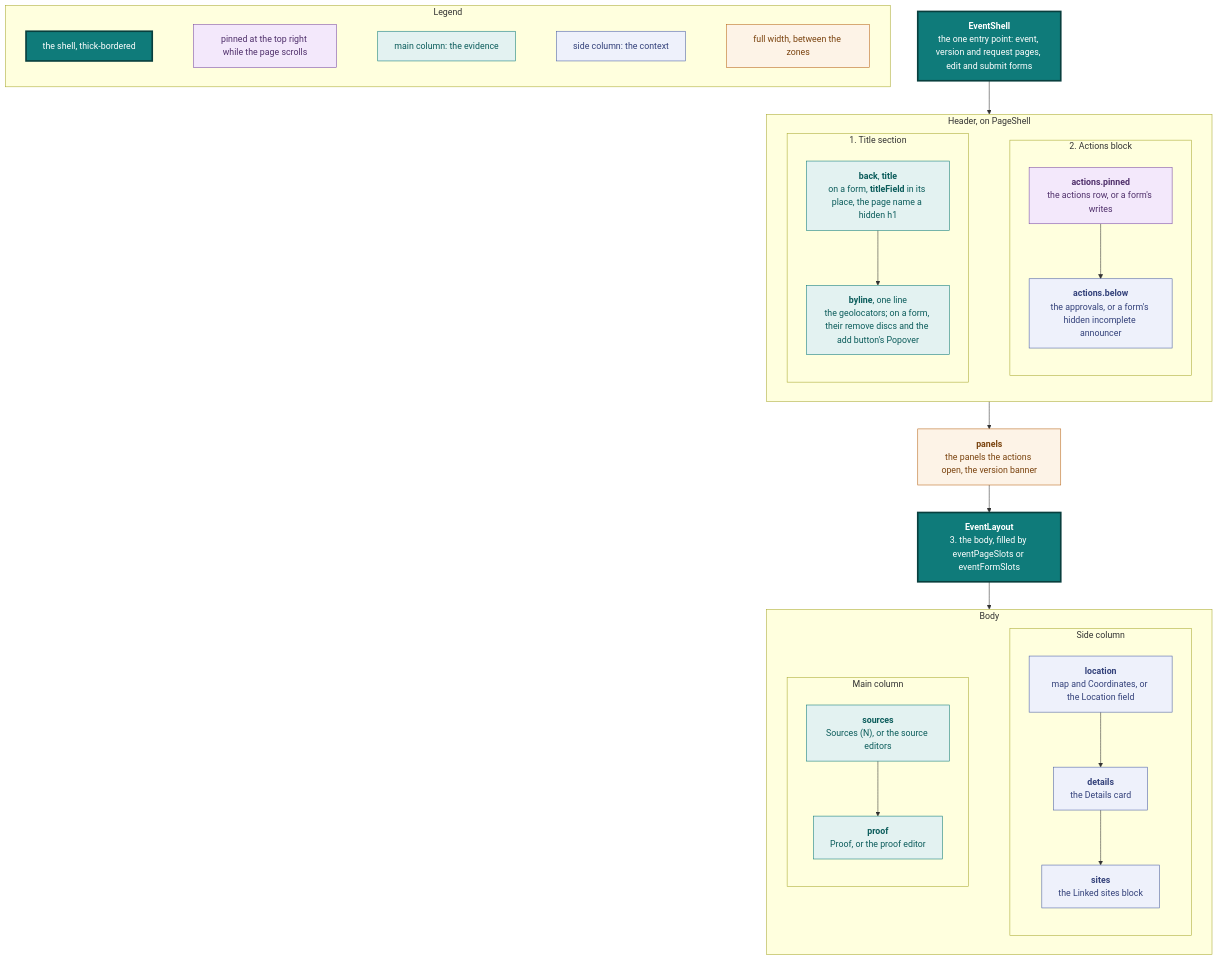
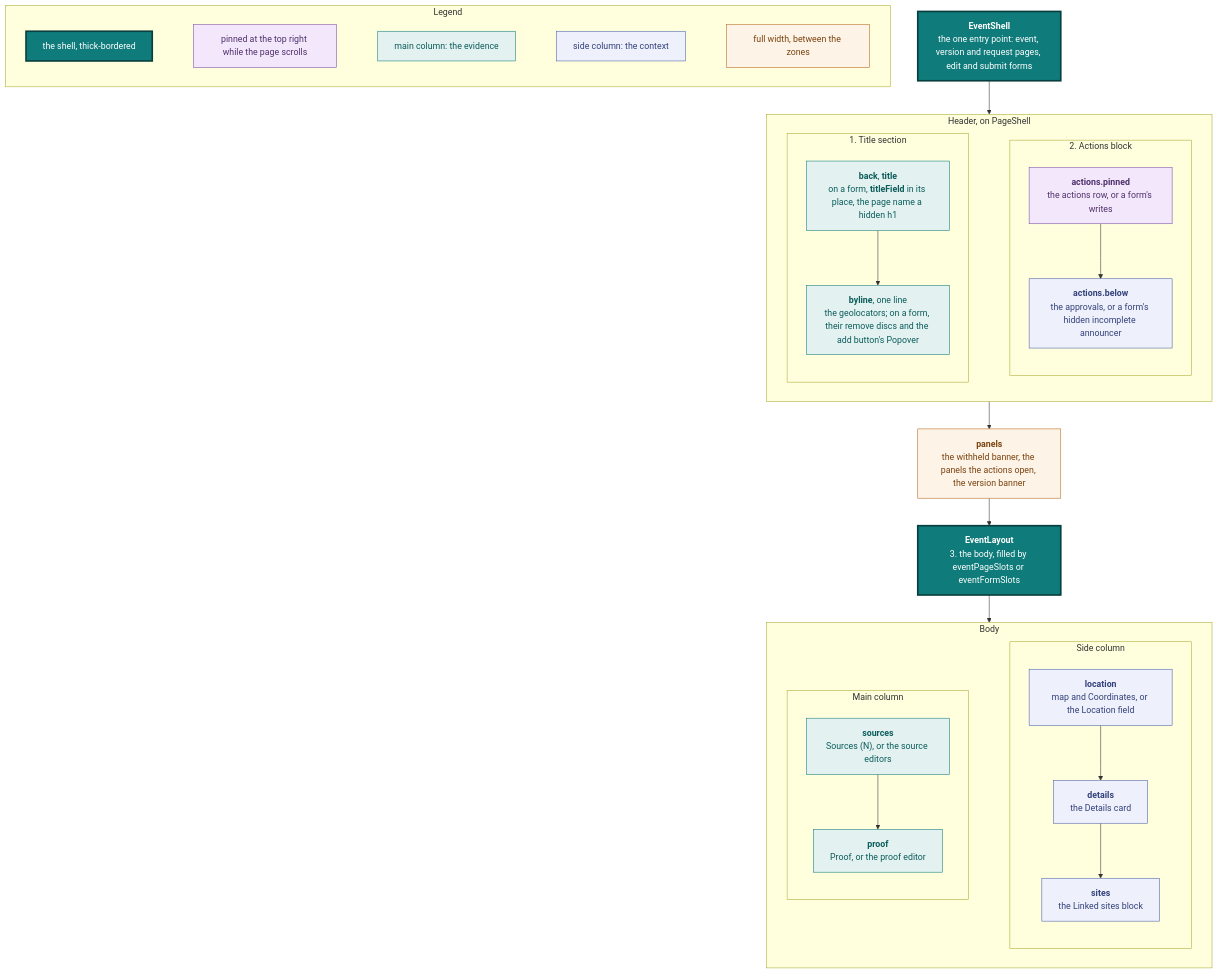
The ninth of 20 diagrams in docs/design.md (vidithq/vidit), drawn with Mermaid before and after one commit. The commit also changed other lines of this file and 50 other files, not shown here.

````diff
--- a/docs/design.md
+++ b/docs/design.md
@@ -857,73 +857,73 @@
 ```mermaid
 flowchart TB
   classDef core fill:#0f7b7a,stroke:#083f3e,stroke-width:3px,color:#ffffff
   classDef pinned fill:#f3e8fb,stroke:#7a4aa5,color:#4f2f6b
   classDef shared fill:#e3f2f1,stroke:#0f7b7a,color:#0b5c5b
   classDef spec fill:#eef1fb,stroke:#4a5fa5,color:#33417a
   classDef state fill:#fdf3e7,stroke:#b8661a,color:#7a430f
 
   subgraph legend [Legend]
     direction LR
     l1["`the shell, thick-bordered`"]:::core
     l5["`pinned at the top right while the page scrolls`"]:::pinned
     l2["`main column: the evidence`"]:::shared
     l3["`side column: the context`"]:::spec
     l4["`full width, between the zones`"]:::state
     l1 ~~~ l5 ~~~ l2 ~~~ l3 ~~~ l4
   end
 
   shell["`**EventShell**
   the one entry point: event, version and request pages, edit and submit forms`"]:::core
 
   subgraph top [Header, on PageShell]
     direction LR
     subgraph titlesection [1. Title section]
       direction TB
       heading["`**back**, **title**
       on a form, **titleField** in its place, the page name a hidden h1`"]:::shared
       byline["`**byline**, one line
       the geolocators; on a form, their remove discs and the add button's Popover`"]:::shared
       heading --> byline
     end
     subgraph actionsblock [2. Actions block]
       direction TB
       pinned["`**actions.pinned**
       the actions row, or a form's writes`"]:::pinned
       under["`**actions.below**
       the approvals, or a form's hidden incomplete announcer`"]:::spec
       pinned --> under
     end
     titlesection ~~~ actionsblock
   end
 
   between["`**panels**
-  the panels the actions open, the version banner`"]:::state
+  the withheld banner, the panels the actions open, the version banner`"]:::state
 
   layout["`**EventLayout**
   3. the body, filled by eventPageSlots or eventFormSlots`"]:::core
 
   subgraph body [Body]
     direction LR
     subgraph main [Main column]
       direction TB
       sources["`**sources**
       Sources (N), or the source editors`"]:::shared
       proof["`**proof**
       Proof, or the proof editor`"]:::shared
       sources --> proof
     end
     subgraph side [Side column]
       direction TB
       location["`**location**
       map and Coordinates, or the Location field`"]:::spec
       details["`**details**
       the Details card`"]:::spec
       sites["`**sites**
       the Linked sites block`"]:::spec
       location --> details --> sites
     end
     main ~~~ side
   end
 
   shell --> top --> between --> layout --> body
 ```
````
